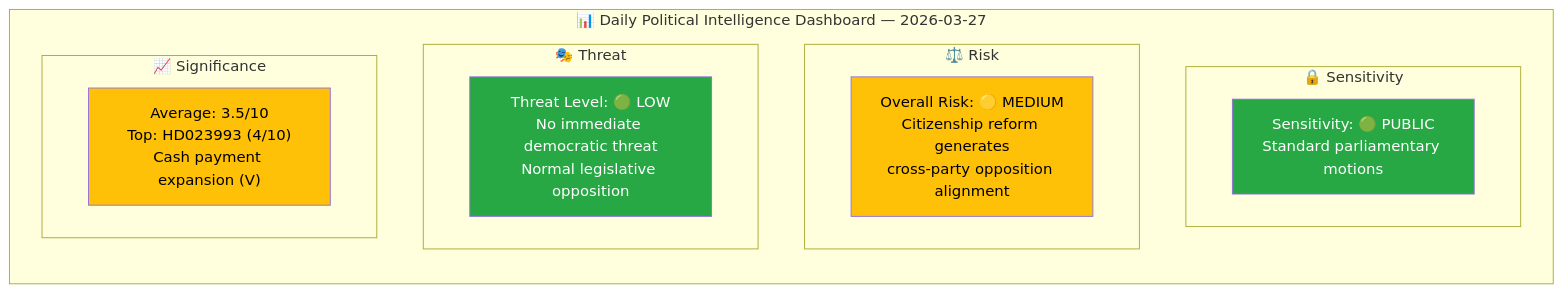
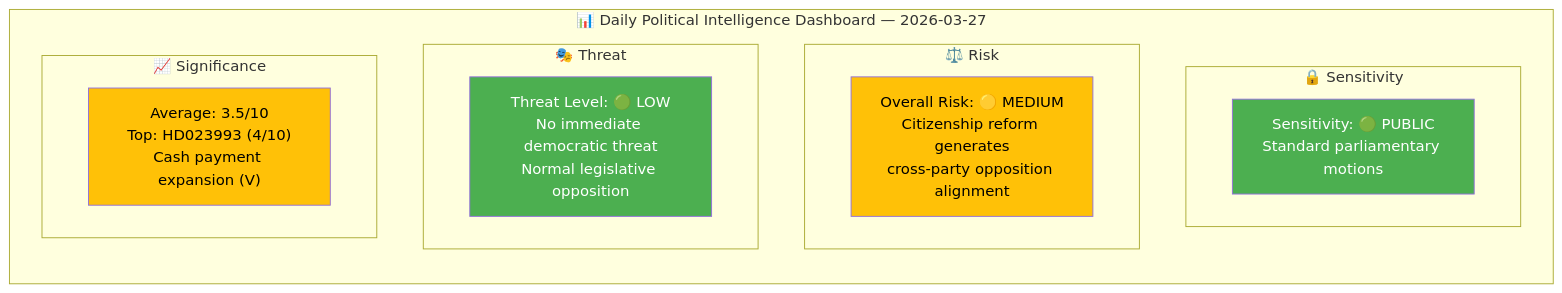
The diagram in analysis/daily/2026-03-27/motions/synthesis-summary.md (Hack23/riksdagsmonitor), drawn with Mermaid before and after one commit. The commit also changed 785 other files, not shown here.

First line of the commit message:
Normalize mermaid colors across 786 analysis artifacts to ISMS Style Guide palette

````diff
--- a/analysis/daily/2026-03-27/motions/synthesis-summary.md
+++ b/analysis/daily/2026-03-27/motions/synthesis-summary.md
@@ -18,23 +18,23 @@
 ```mermaid
 graph TD
     subgraph "📊 Daily Political Intelligence Dashboard — 2026-03-27"
         direction TB
         subgraph "🔒 Sensitivity"
             CLS["Sensitivity: 🟢 PUBLIC<br/>Standard parliamentary motions"]
         end
         subgraph "⚖️ Risk"
             RSK["Overall Risk: 🟡 MEDIUM<br/>Citizenship reform generates<br/>cross-party opposition alignment"]
         end
         subgraph "🎭 Threat"
             THR["Threat Level: 🟢 LOW<br/>No immediate democratic threat<br/>Normal legislative opposition"]
         end
         subgraph "📈 Significance"
             SIG["Average: 3.5/10<br/>Top: HD023993 (4/10)<br/>Cash payment expansion (V)"]
         end
     end
 
-    style CLS fill:#28a745,color:#fff
-    style RSK fill:#ffc107,color:#000
-    style THR fill:#28a745,color:#fff
-    style SIG fill:#ffc107,color:#000
+    style CLS fill:#4CAF50,color:#FFFFFF
+    style RSK fill:#FFC107,color:#000000
+    style THR fill:#4CAF50,color:#FFFFFF
+    style SIG fill:#FFC107,color:#000000
 ```
````
